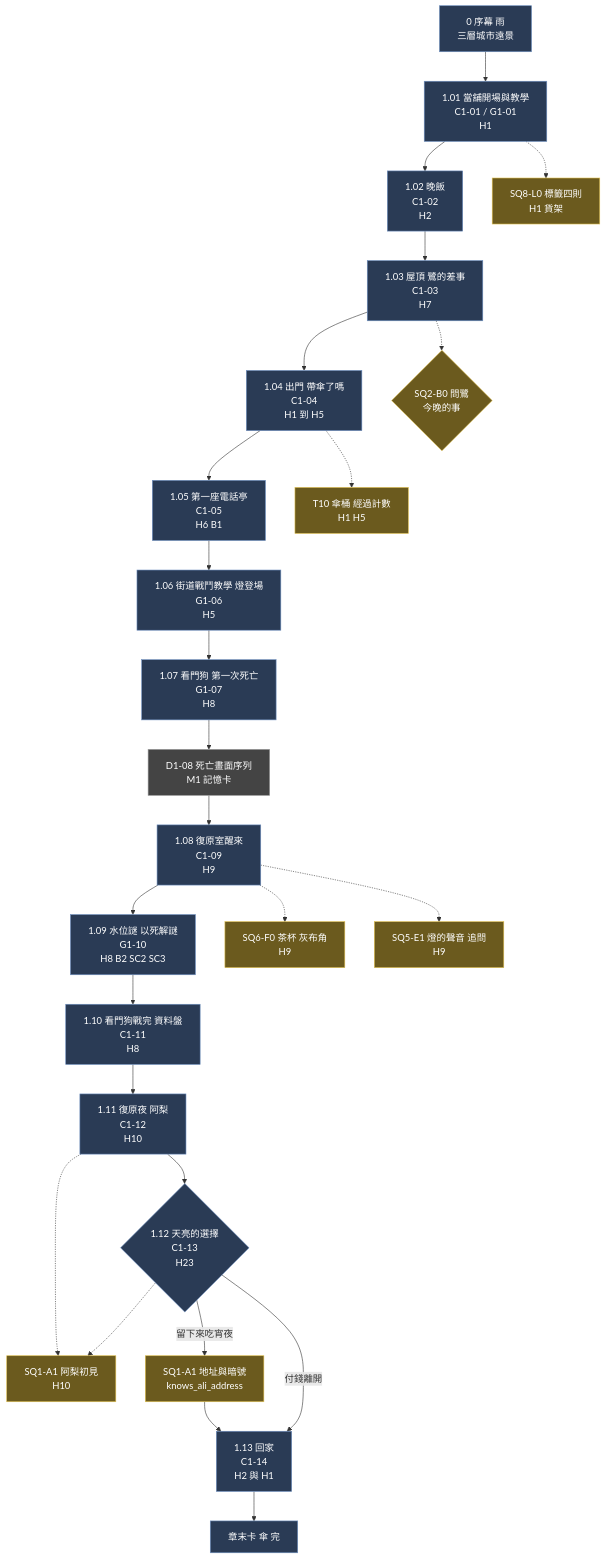
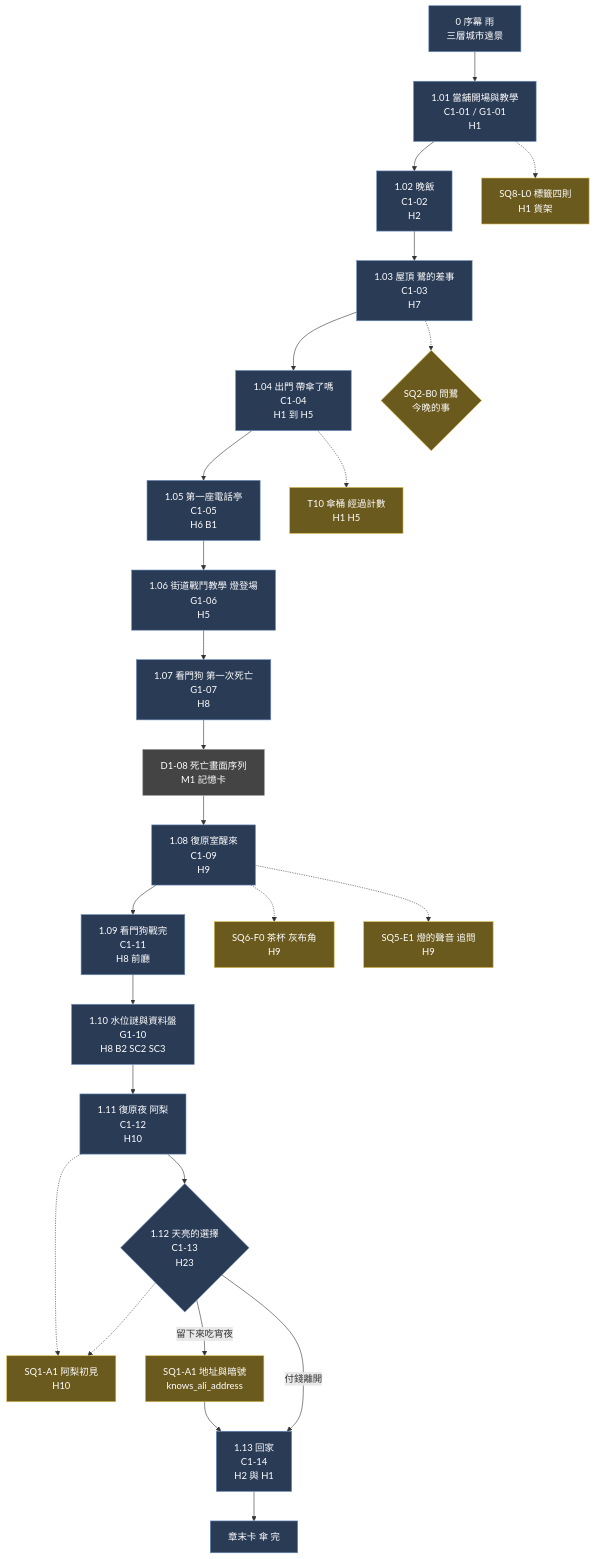
Before and after one commit to deadline314/Nest-Egg: the first of 2 diagrams in design/13-story-v2/SCRIPT_CH01.md, drawn with Mermaid. The commit also changed other lines of this file and 9 other files, not shown here.

Commit message:
[ST-4] 第一章地圖與關卡設計：8 個區域的尺寸與版面、連接圖、敵人名單與難度曲線、道具、水位謎、世界規則；開票 ST-4～ST-9；劇本 1.09 與 1.10 對調

````diff
--- a/design/13-story-v2/SCRIPT_CH01.md
+++ b/design/13-story-v2/SCRIPT_CH01.md
@@ -160,44 +160,44 @@
 ```mermaid
 flowchart TB
   P0["0 序幕 雨<br/>三層城市遠景"]
   M101["1.01 當舖開場與教學<br/>C1-01 / G1-01<br/>H1"]
   M102["1.02 晚飯<br/>C1-02<br/>H2"]
   M103["1.03 屋頂 鷺的差事<br/>C1-03<br/>H7"]
   M104["1.04 出門 帶傘了嗎<br/>C1-04<br/>H1 到 H5"]
   M105["1.05 第一座電話亭<br/>C1-05<br/>H6 B1"]
   M106["1.06 街道戰鬥教學 燈登場<br/>G1-06<br/>H5"]
   M107["1.07 看門狗 第一次死亡<br/>G1-07<br/>H8"]
   D108["D1-08 死亡畫面序列<br/>M1 記憶卡"]
   M108["1.08 復原室醒來<br/>C1-09<br/>H9"]
-  M109["1.09 水位謎 以死解謎<br/>G1-10<br/>H8 B2 SC2 SC3"]
-  M110["1.10 看門狗戰完 資料盤<br/>C1-11<br/>H8"]
+  M109["1.09 看門狗戰完<br/>C1-11<br/>H8 前廳"]
+  M110["1.10 水位謎與資料盤<br/>G1-10<br/>H8 B2 SC2 SC3"]
   M111["1.11 復原夜 阿梨<br/>C1-12<br/>H10"]
   M112{"1.12 天亮的選擇<br/>C1-13<br/>H23"}
   M113["1.13 回家<br/>C1-14<br/>H2 與 H1"]
   END["章末卡 傘 完"]
   S8["SQ8-L0 標籤四則<br/>H1 貨架"]
   S2{"SQ2-B0 問鷺<br/>今晚的事"}
   S6["SQ6-F0 茶杯 灰布角<br/>H9"]
   S5["SQ5-E1 燈的聲音 追問<br/>H9"]
   S1A["SQ1-A1 阿梨初見<br/>H10"]
   S1B["SQ1-A1 地址與暗號<br/>knows_ali_address"]
   T10["T10 傘桶 經過計數<br/>H1 H5"]
   P0 --> M101 --> M102 --> M103 --> M104 --> M105 --> M106 --> M107
   M107 --> D108 --> M108 --> M109 --> M110 --> M111 --> M112
   M112 -->|"留下來吃宵夜"| S1B --> M113
   M112 -->|"付錢離開"| M113
   M113 --> END
   M101 -.-> S8
   M103 -.-> S2
   M104 -.-> T10
   M108 -.-> S6
   M108 -.-> S5
   M111 -.-> S1A
   M112 -.-> S1A
   classDef m fill:#2a3b55,stroke:#6c8ebf,color:#fff
   classDef s fill:#6b5a1e,stroke:#e0c050,color:#fff
   classDef sys fill:#444,stroke:#999,color:#fff
   class P0,M101,M102,M103,M104,M105,M106,M107,M108,M109,M110,M111,M112,M113,END m
   class S8,S2,S6,S5,S1A,S1B,T10 s
   class D108 sys
 ```
````
